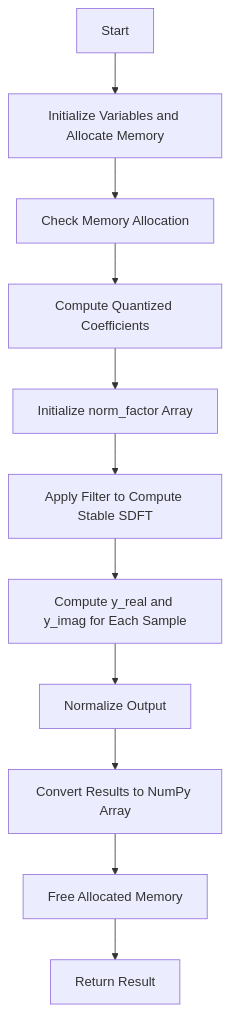
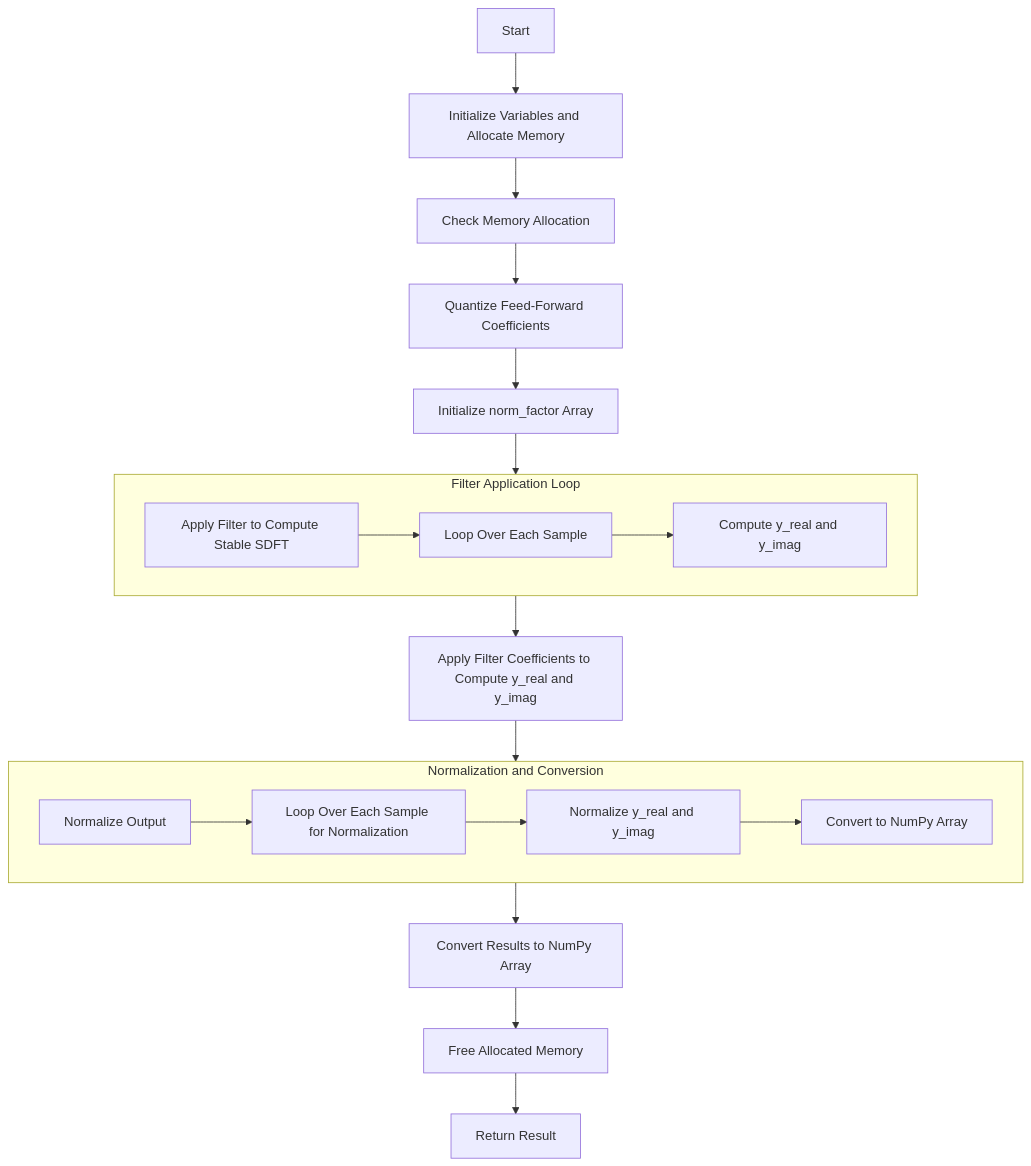
The diagram in rewrite_changelog.md (shikhir-arora/sdft), drawn with Mermaid before and after one commit. The commit also changed other lines of this file and 2 other files, not shown here.

Commit message:
rewrite(3): testing

````diff
--- a/rewrite_changelog.md
+++ b/rewrite_changelog.md
@@ -5,13 +4,26 @@
 ```mermaid
 graph TD
     A[Start] --> B[Initialize Variables and Allocate Memory]
     B --> C[Check Memory Allocation]
-    C --> D[Compute Quantized Coefficients]
+    C --> D[Quantize Feed-Forward Coefficients]
     D --> E[Initialize norm_factor Array]
     E --> F[Apply Filter to Compute Stable SDFT]
-    F --> G[Compute y_real and y_imag for Each Sample]
+    F --> G[Apply Filter Coefficients to Compute y_real and y_imag]
     G --> H[Normalize Output]
     H --> I[Convert Results to NumPy Array]
     I --> J[Free Allocated Memory]
     J --> K[Return Result]
+
+subgraph "Filter Application Loop"
+    direction LR
+    F --> L[Loop Over Each Sample]
+    L --> M[Compute y_real and y_imag]
+end
+
+subgraph "Normalization and Conversion"
+    direction LR
+    H --> N[Loop Over Each Sample for Normalization]
+    N --> O[Normalize y_real and y_imag]
+    O --> P[Convert to NumPy Array]
+end
 ```
````
